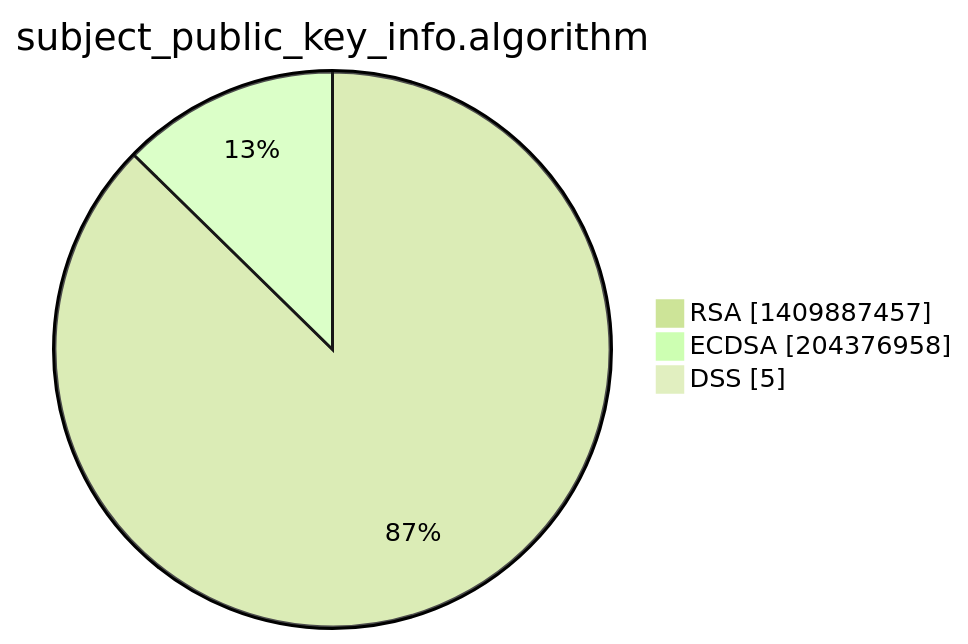
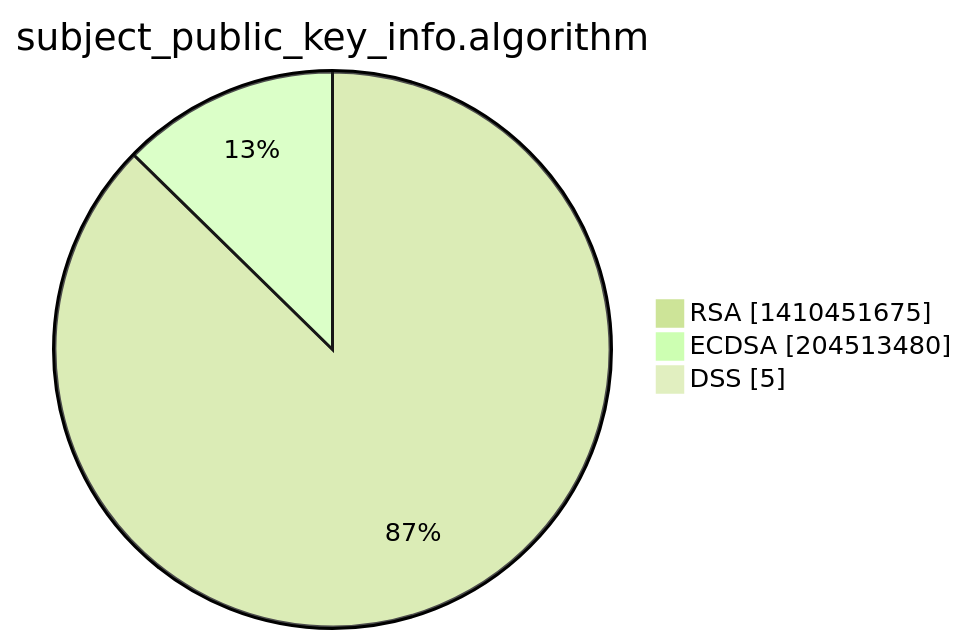
The third of 15 diagrams in xenon2022/README.md (christiankrug/ctmonitor_visualization), drawn with Mermaid (forest theme) before and after one commit. The commit also changed other lines of this file, not shown here.

````diff
--- a/xenon2022/README.md
+++ b/xenon2022/README.md
@@ -14,7 +14,7 @@
 ```mermaid
 pie showData
 title subject_public_key_info.algorithm
-"RSA" :1409887457
-"ECDSA" :204376958
+"RSA" :1410451675
+"ECDSA" :204513480
 "DSS" :5
 ```
````
